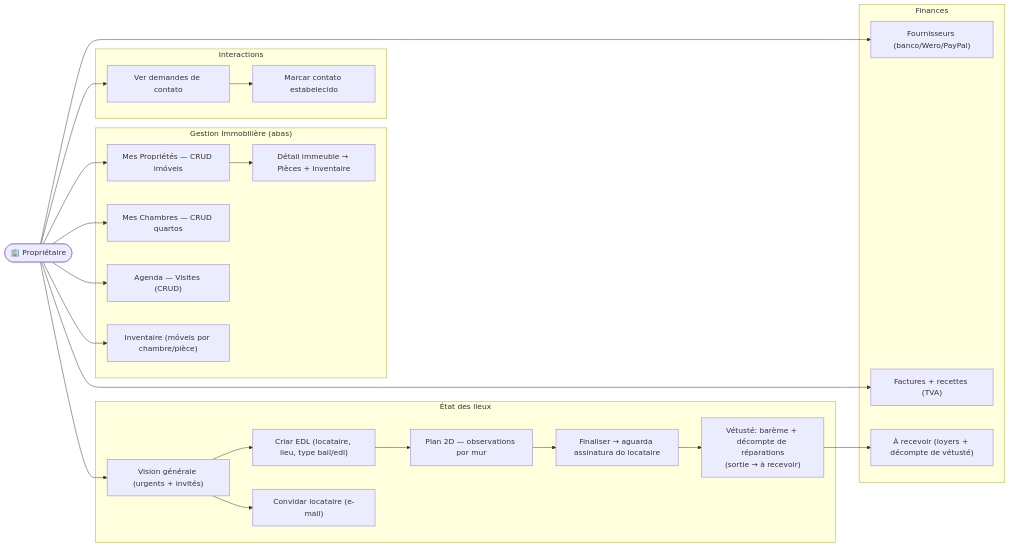
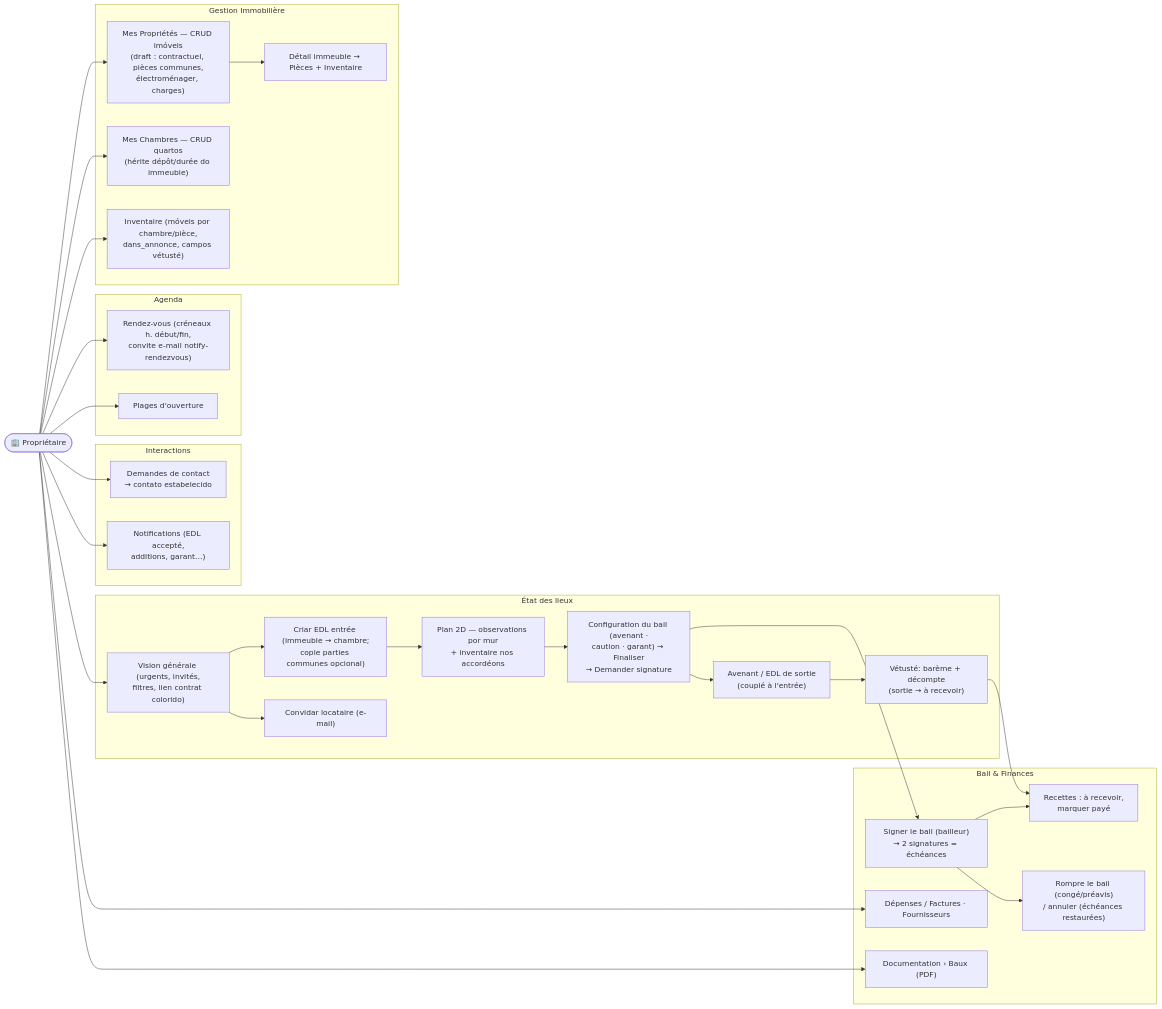
One commit to rhayonne/lacoloc changed the third of 4 diagrams in diagrams/01_casos_de_uso.md. Above: the diagram before and after it, drawn with Mermaid. The commit also changed other lines of this file and 31 other files, not shown here.

First line of the commit message:
feat(bail): résiliation avec prorata/remboursement de caution, acte de résiliation PDF, Vue générale Finances (v1.5.0)

````diff
--- a/diagrams/01_casos_de_uso.md
+++ b/diagrams/01_casos_de_uso.md
@@ -106,40 +142,50 @@
 ```mermaid
 flowchart LR
     P(["🏢 Propriétaire"])
 
-    subgraph Patrimoine["Gestion Immobilière (abas)"]
-        M1["Mes Propriétés — CRUD imóveis"]
-        M2["Mes Chambres — CRUD quartos"]
-        M3["Agenda — Visites (CRUD)"]
-        M4["Inventaire (móveis por chambre/pièce)"]
-        M5["Détail immeuble → Pièces + Inventaire"]
+    subgraph Patrimoine["Gestion Immobilière"]
+        M1["Mes Propriétés — CRUD imóveis\n(draft : contractuel, pièces communes,\nélectroménager, charges)"]
+        M2["Mes Chambres — CRUD quartos\n(hérite dépôt/durée do immeuble)"]
+        M3["Inventaire (móveis por chambre/pièce,\ndans_annonce, campos vétusté)"]
+        M4["Détail immeuble → Pièces + Inventaire"]
+    end
+
+    subgraph Agenda
+        A1["Rendez-vous (créneaux h. début/fin,\nconvite e-mail notify-rendezvous)"]
+        A2["Plages d'ouverture"]
     end
 
     subgraph Interactions
-        I1["Ver demandes de contato"]
-        I3["Marcar contato estabelecido"]
-    end
-
-    subgraph Finances
-        F1["Fournisseurs (banco/Wero/PayPal)"]
-        F2["Factures + recettes (TVA)"]
-        F3["À recevoir (loyers + décompte de vétusté)"]
+        I1["Demandes de contact\n→ contato estabelecido"]
+        I2["Notifications (EDL accepté,\nadditions, garant…)"]
     end
 
     subgraph EDL["État des lieux"]
-        E1["Vision générale (urgents + invités)"]
-        E2["Criar EDL (locataire, lieu, type bail/edl)"]
-        E3["Plan 2D — observations por mur"]
+        E1["Vision générale (urgents, invités,\nfiltres, lien contrat colorido)"]
+        E2["Criar EDL entrée (immeuble → chambre;\ncopie parties communes opcional)"]
+        E3["Plan 2D — observations por mur\n+ inventaire nos accordéons"]
         E4["Convidar locataire (e-mail)"]
-        E5["Finaliser → aguarda assinatura do locataire"]
-        E6["Vétusté: barème + décompte de réparations\n(sortie → à recevoir)"]
+        E5["Configuration du bail (avenant ·\ncaution · garant) → Finaliser\n→ Demander signature"]
+        E6["Avenant / EDL de sortie\n(couplé à l'entrée)"]
+        E7["Vétusté: barème + décompte\n(sortie → à recevoir)"]
     end
 
-    P --> M1 & M2 & M3 & M4
-    M1 --> M5
-    P --> I1 --> I3
-    P --> F1 & F2
+    subgraph Bail["Bail & Finances"]
+        B1["Signer le bail (bailleur)\n→ 2 signatures = échéances"]
+        B2["Rompre le bail (congé/préavis)\n/ annuler (échéances restaurées)"]
+        B3["Recettes : à recevoir,\nmarquer payé"]
+        B4["Dépenses / Factures · Fournisseurs"]
+        B5["Documentation › Baux (PDF)"]
+    end
+
+    P --> M1 & M2 & M3
+    M1 --> M4
+    P --> A1 & A2
+    P --> I1 & I2
     P --> E1 --> E2 --> E3 --> E5
     E1 --> E4
-    E5 --> E6 --> F3
+    E5 --> B1 --> B3
+    E5 --> E6 --> E7 --> B3
+    B1 --> B2
+    P --> B4 & B5
 ```
````
